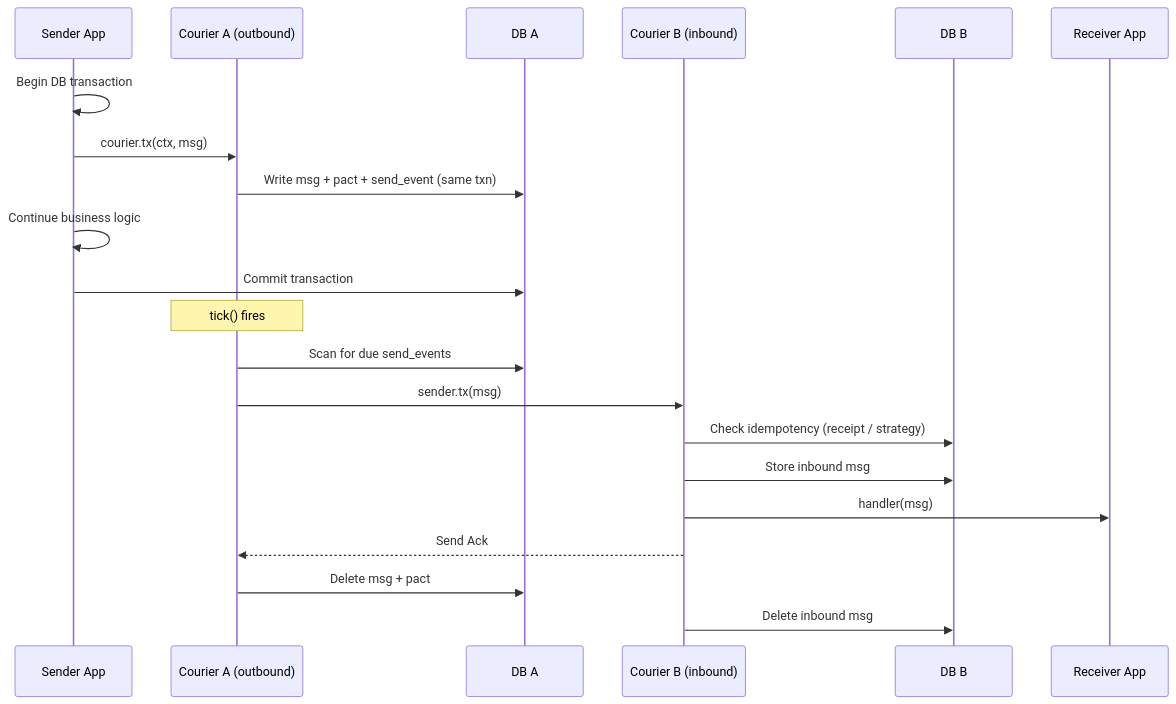
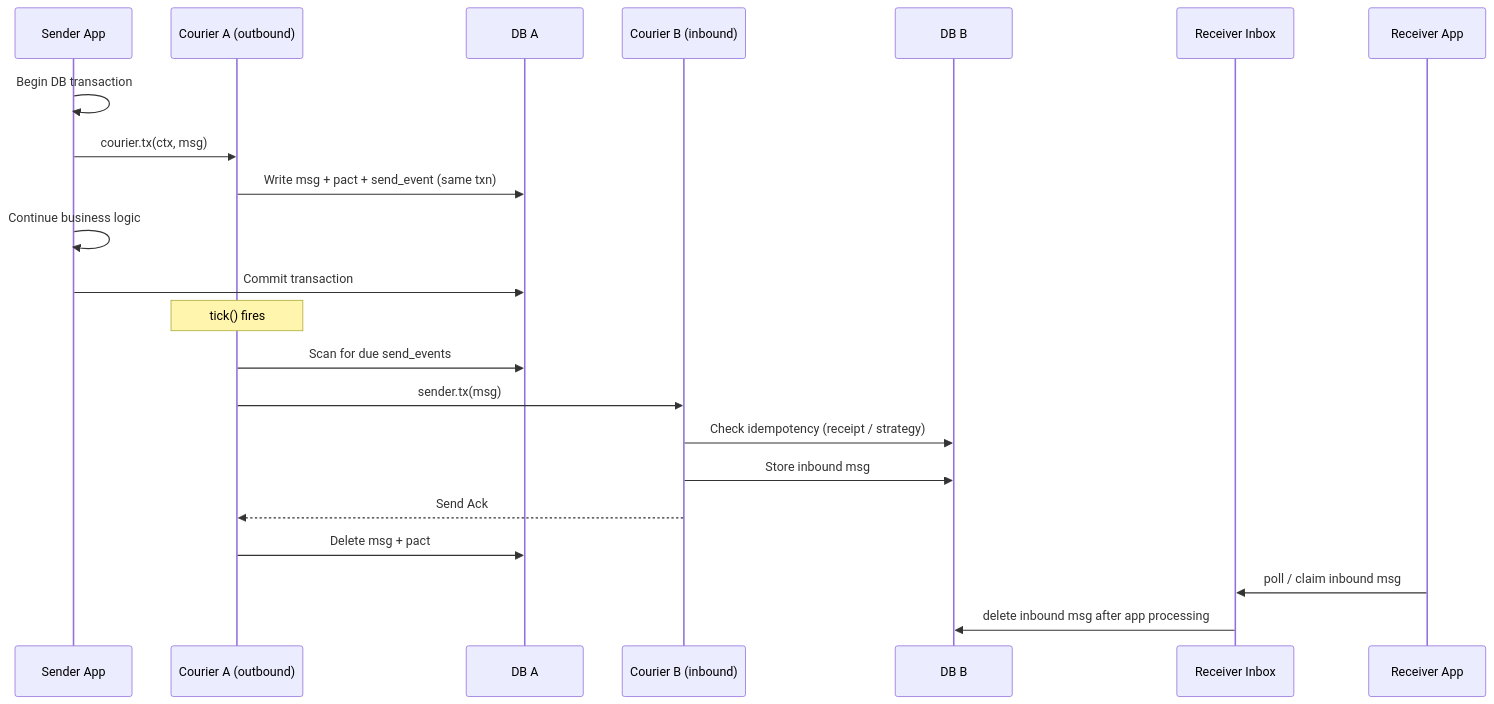
One commit to jkassis/msg-bebop changed the second of 5 diagrams in doc/ARCH.md. Above: the diagram before and after it, drawn with Mermaid. The commit also changed other lines of this file and 5 other files, not shown here.

````diff
--- a/doc/ARCH.md
+++ b/doc/ARCH.md
@@ -128,26 +399,27 @@
 ```mermaid
 sequenceDiagram
     participant App as Sender App
     participant CA as Courier A (outbound)
     participant DBA as DB A
     participant CB as Courier B (inbound)
     participant DBB as DB B
+    participant Inbox as Receiver Inbox
     participant Handler as Receiver App
 
     App->>App: Begin DB transaction
     App->>CA: courier.tx(ctx, msg)
     CA->>DBA: Write msg + pact + send_event (same txn)
     App->>App: Continue business logic
     App->>DBA: Commit transaction
 
     Note over CA: tick() fires
 
     CA->>DBA: Scan for due send_events
     CA->>CB: sender.tx(msg)
     CB->>DBB: Check idempotency (receipt / strategy)
     CB->>DBB: Store inbound msg
-    CB->>Handler: handler(msg)
     CB-->>CA: Send Ack
     CA->>DBA: Delete msg + pact
-    CB->>DBB: Delete inbound msg
+    Handler->>Inbox: poll / claim inbound msg
+    Inbox->>DBB: delete inbound msg after app processing
 ```
````
